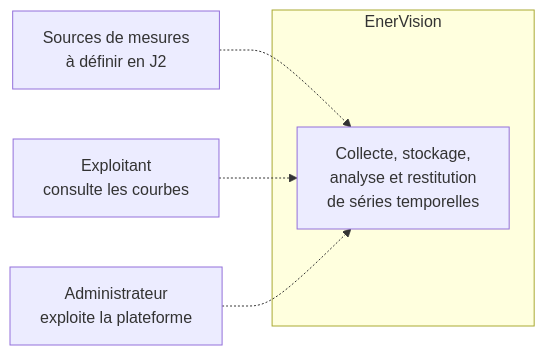
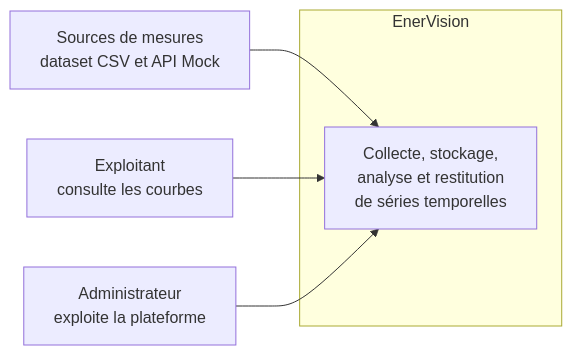
Before and after one commit to ineszang/ProjetPiscine_EnerVision: the first of 3 diagrams in docs/architecture/00-vue-ensemble.md, drawn with Mermaid. The commit also changed other lines of this file and 24 other files, not shown here.

````diff
--- a/docs/architecture/00-vue-ensemble.md
+++ b/docs/architecture/00-vue-ensemble.md
@@ -25,14 +25,14 @@
 ```mermaid
 flowchart LR
   exploitant["Exploitant<br/>consulte les courbes"]
   admin["Administrateur<br/>exploite la plateforme"]
-  sources["Sources de mesures<br/>à définir en J2"]
+  sources["Sources de mesures<br/>dataset CSV et API Mock"]
 
   subgraph systeme["EnerVision"]
     plateforme["Collecte, stockage,<br/>analyse et restitution<br/>de séries temporelles"]
   end
 
-  sources -.-> plateforme
-  exploitant -.-> plateforme
-  admin -.-> plateforme
+  sources --> plateforme
+  exploitant --> plateforme
+  admin --> plateforme
 ```
````
